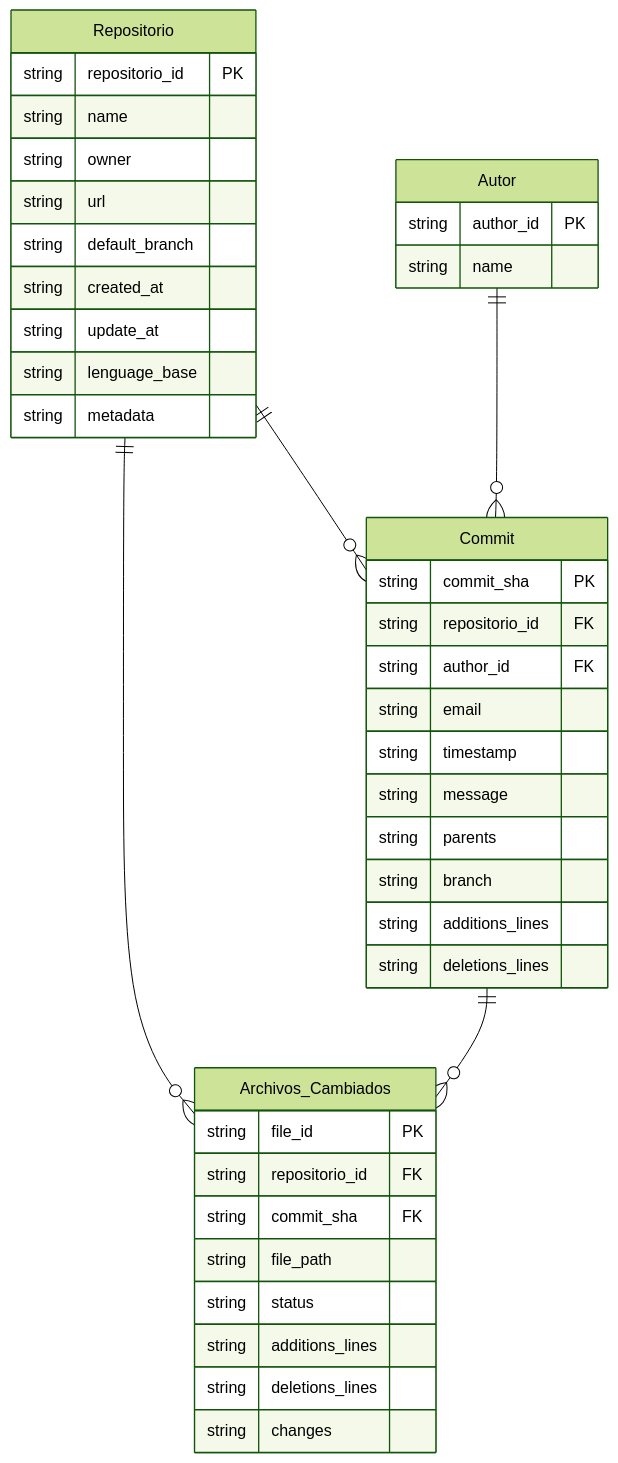
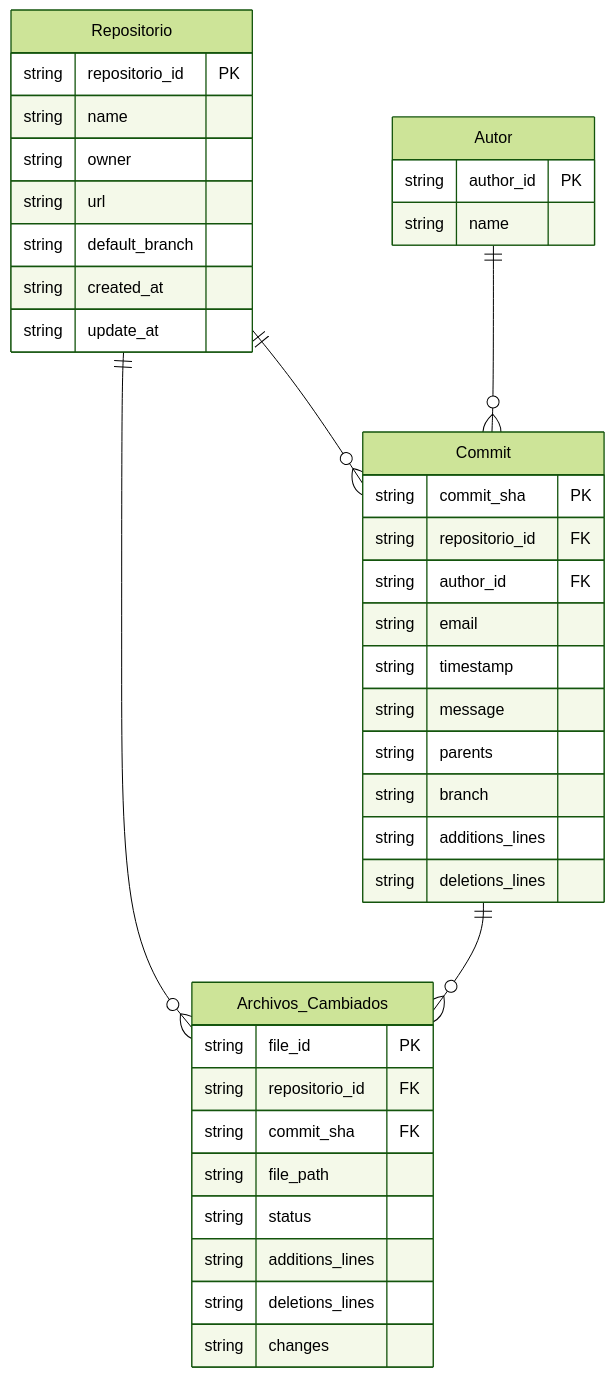
One commit to PangoAguirre/CommitLens changed the first of 2 diagrams in docs/02-datos-y-flujo.md. Above: the diagram before and after it, drawn with Mermaid (forest theme).

Commit message:
docs: Remove unnecessary fields from data structure
Removed 'lenguage_base' and 'metadata' fields from the data structure.

````diff
--- a/docs/02-datos-y-flujo.md
+++ b/docs/02-datos-y-flujo.md
@@ -4,48 +4,46 @@
 ```mermaid
 erDiagram
     Repositorio ||--o{ Commit : ""
     Repositorio ||--o{ Archivos_Cambiados : ""
     Commit ||--o{ Archivos_Cambiados : ""
     Autor ||--o{ Commit : ""
 
     Repositorio {
         string repositorio_id PK
         string name
         string owner
         string url
         string default_branch
         string created_at
         string update_at
-        string lenguage_base
-        string metadata
     }
 
     Autor {
         string author_id PK
         string name
     }
 
     Commit {
         string commit_sha PK
         string repositorio_id FK
         string author_id FK
         string email
         string timestamp
         string message
         string parents
         string branch
         string additions_lines
         string deletions_lines
     }
 
     Archivos_Cambiados {
         string file_id PK
         string repositorio_id FK
         string commit_sha FK
         string file_path
         string status
         string additions_lines
         string deletions_lines
         string changes
     }
 ```
````
